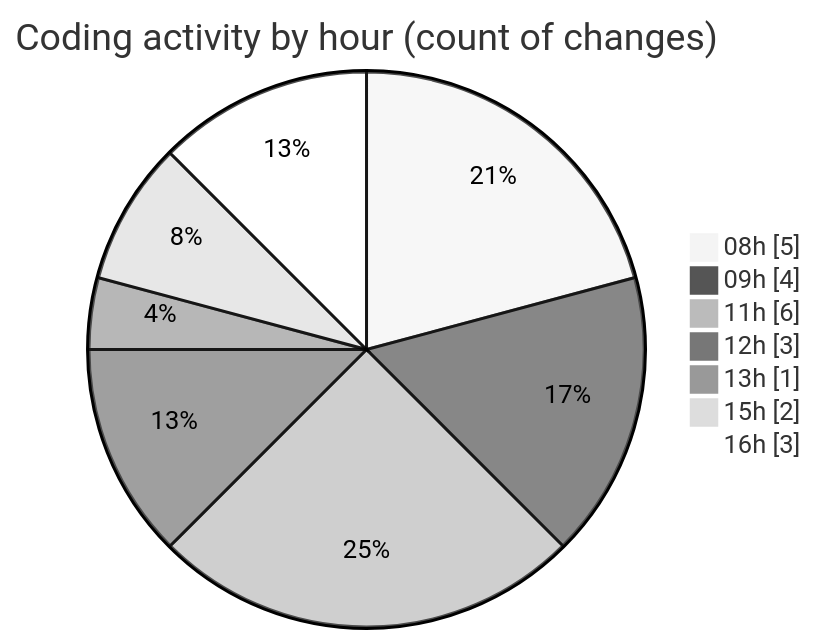
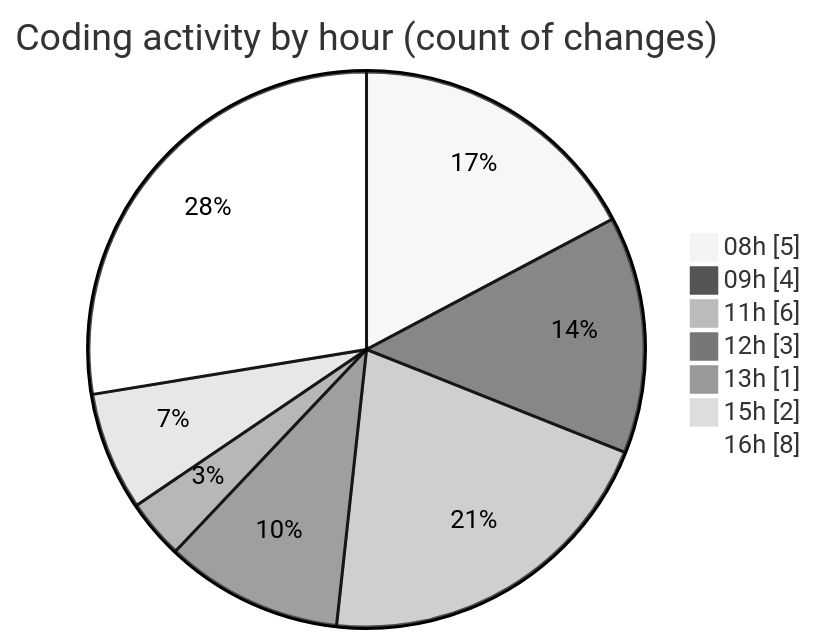
One commit to ricardozamudiocil/code-tracking changed the second of 2 diagrams in 2026-05-05/cilapp/README.md. Above: the diagram before and after it, drawn with Mermaid (neutral theme). The commit also changed other lines of this file and 1 other file, not shown here.

````diff
--- a/2026-05-05/cilapp/README.md
+++ b/2026-05-05/cilapp/README.md
@@ -34,11 +34,11 @@
 ```mermaid
 pie showData
 title Coding activity by hour (count of changes)
 "08h" : 5
 "09h" : 4
 "11h" : 6
 "12h" : 3
 "13h" : 1
 "15h" : 2
-"16h" : 3
+"16h" : 8
 ```
````
